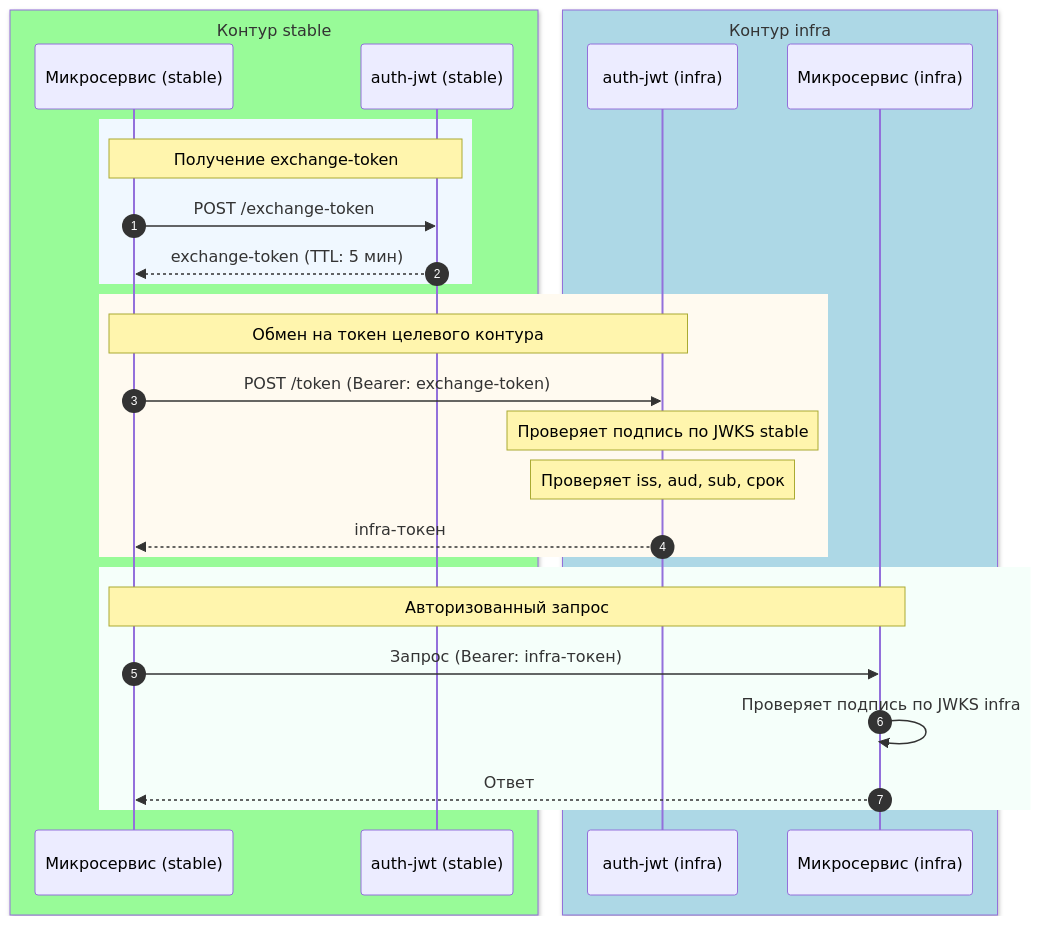
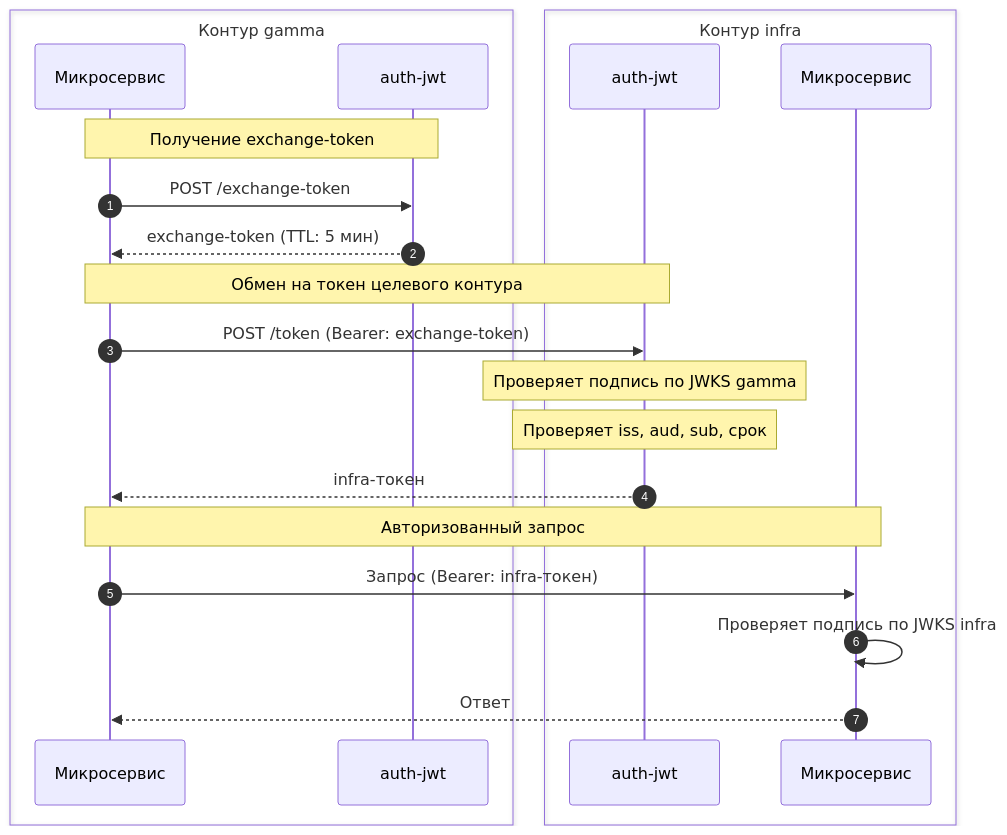
The diagram in diagrams/mmd/ch2_exchange_sequence.mmd (nikitakaralius/bachelor-diploma), drawn with Mermaid before and after one commit. The commit also changed 5 other files, not shown here.

Commit message:
Render diagrams in better quality

```diff
--- a/diagrams/mmd/ch2_exchange_sequence.mmd
+++ b/diagrams/mmd/ch2_exchange_sequence.mmd
@@ -1,32 +1,26 @@
 sequenceDiagram
     autonumber
-    box rgb(152,251,152) Контур stable
-        participant Client as Микросервис (stable)
-        participant AuthS as auth-jwt (stable)
+    box Контур gamma
+        participant Client as Микросервис
+        participant AuthS as auth-jwt
     end
 
-    box rgb(173,216,230) Контур infra
-        participant AuthI as auth-jwt (infra)
-        participant Target as Микросервис (infra)
+    box Контур infra
+        participant AuthI as auth-jwt
+        participant Target as Микросервис
     end
 
-    rect rgb(240,248,255)
-        Note over Client,AuthS: Получение exchange-token
-        Client->>AuthS: POST /exchange-token
-        AuthS-->>Client: exchange-token (TTL: 5 мин)
-    end
+    Note over Client,AuthS: Получение exchange-token
+    Client->>AuthS: POST /exchange-token
+    AuthS-->>Client: exchange-token (TTL: 5 мин)
 
-    rect rgb(255,250,240)
-        Note over Client,AuthI: Обмен на токен целевого контура
-        Client->>AuthI: POST /token (Bearer: exchange-token)
-        Note over AuthI: Проверяет подпись по JWKS stable
-        Note over AuthI: Проверяет iss, aud, sub, срок
-        AuthI-->>Client: infra-токен
-    end
+    Note over Client,AuthI: Обмен на токен целевого контура
+    Client->>AuthI: POST /token (Bearer: exchange-token)
+    Note over AuthI: Проверяет подпись по JWKS gamma
+    Note over AuthI: Проверяет iss, aud, sub, срок
+    AuthI-->>Client: infra-токен
 
-    rect rgb(245,255,250)
-        Note over Client,Target: Авторизованный запрос
-        Client->>Target: Запрос (Bearer: infra-токен)
-        Target->>Target: Проверяет подпись по JWKS infra
-        Target-->>Client: Ответ
-    end
+    Note over Client,Target: Авторизованный запрос
+    Client->>Target: Запрос (Bearer: infra-токен)
+    Target->>Target: Проверяет подпись по JWKS infra
+    Target-->>Client: Ответ
```
